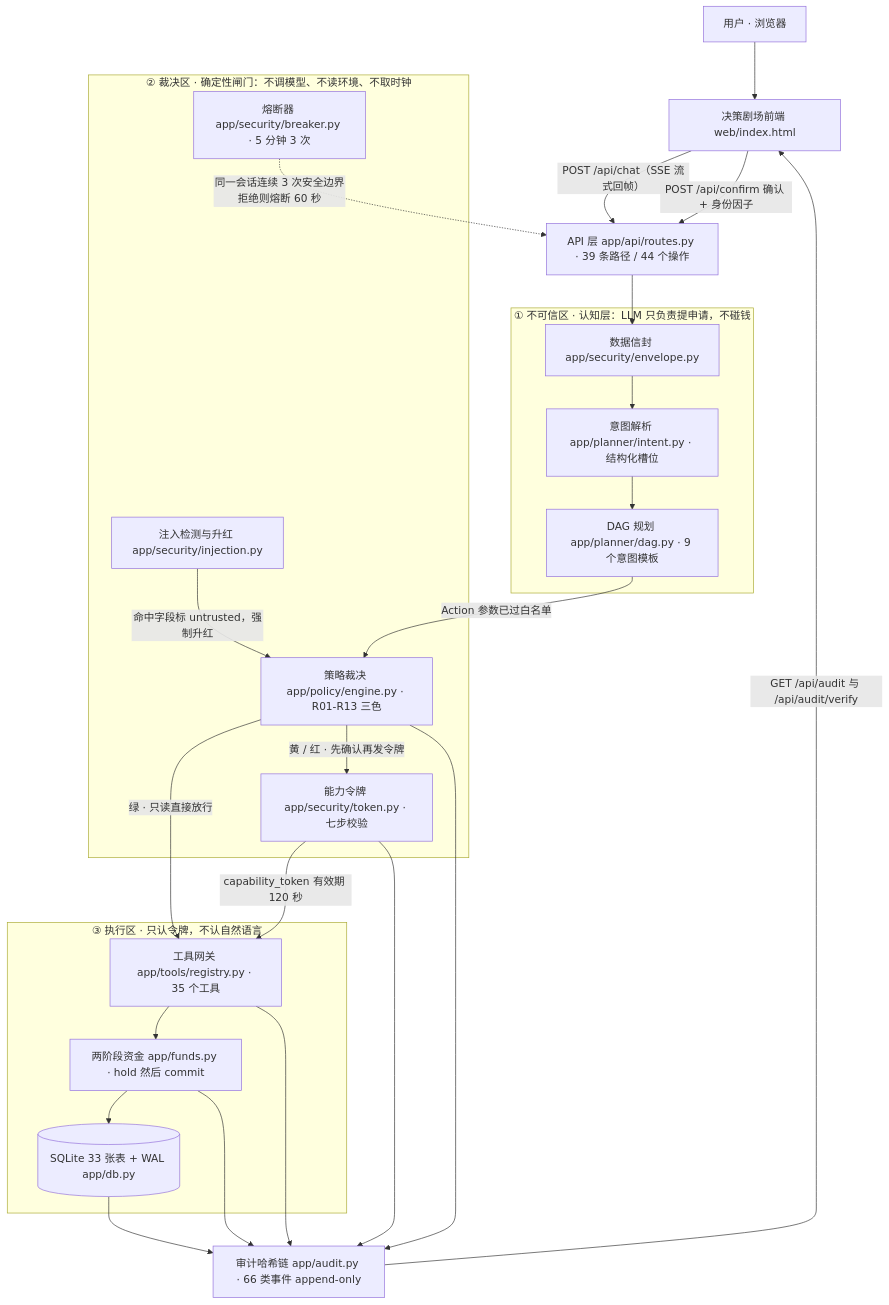
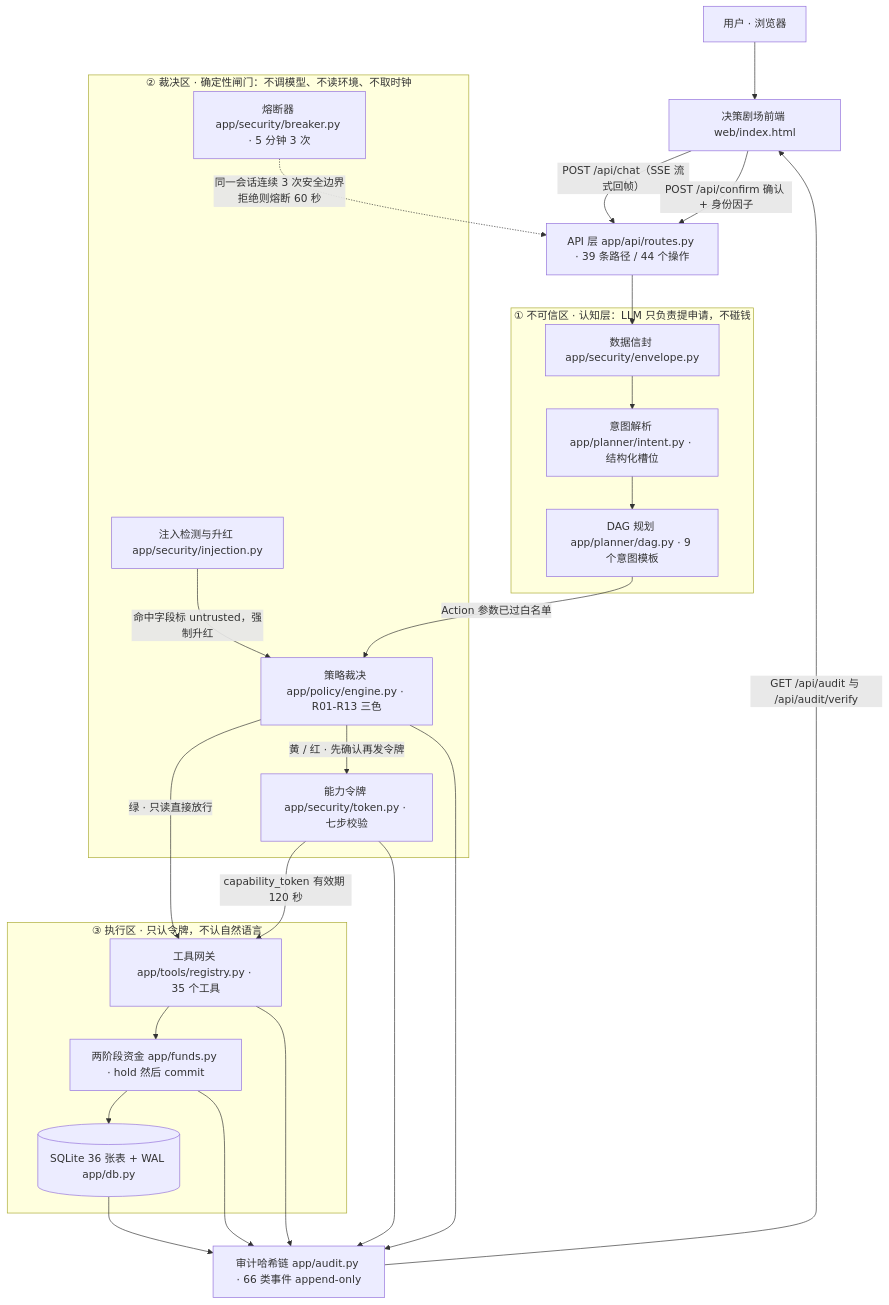
One commit to peng6yu/banking-agent changed the first of 2 diagrams in docs/技术文档.md. Above: the diagram before and after it, drawn with Mermaid. The commit also changed other lines of this file and 37 other files, not shown here.

````diff
--- a/docs/技术文档.md
+++ b/docs/技术文档.md
@@ -56,42 +56,42 @@
 ```mermaid
 flowchart TD
     U["用户 · 浏览器"] --> FE["决策剧场前端 web/index.html"]
     FE -->|"POST /api/chat（SSE 流式回帧）"| API["API 层 app/api/routes.py · 39 条路径 / 44 个操作"]
     FE -->|"POST /api/confirm 确认 + 身份因子"| API
 
     subgraph L1["① 不可信区 · 认知层：LLM 只负责提申请，不碰钱"]
         ENV["数据信封 app/security/envelope.py"]
         INT["意图解析 app/planner/intent.py · 结构化槽位"]
         DAG["DAG 规划 app/planner/dag.py · 9 个意图模板"]
     end
 
     subgraph L2["② 裁决区 · 确定性闸门：不调模型、不读环境、不取时钟"]
         INJ["注入检测与升红 app/security/injection.py"]
         PE["策略裁决 app/policy/engine.py · R01-R13 三色"]
         TK["能力令牌 app/security/token.py · 七步校验"]
         BRK["熔断器 app/security/breaker.py · 5 分钟 3 次"]
     end
 
     subgraph L3["③ 执行区 · 只认令牌，不认自然语言"]
         REG["工具网关 app/tools/registry.py · 35 个工具"]
         FND["两阶段资金 app/funds.py · hold 然后 commit"]
-        DB[("SQLite 33 张表 + WAL app/db.py")]
+        DB[("SQLite 36 张表 + WAL app/db.py")]
     end
 
     AUD["审计哈希链 app/audit.py · 66 类事件 append-only"]
 
     API --> ENV --> INT --> DAG
     DAG -->|"Action 参数已过白名单"| PE
     INJ -->|"命中字段标 untrusted，强制升红"| PE
     PE -->|"绿 · 只读直接放行"| REG
     PE -->|"黄 / 红 · 先确认再发令牌"| TK
     TK -->|"capability_token 有效期 120 秒"| REG
     BRK -.->|"同一会话连续 3 次安全边界拒绝则熔断 60 秒"| API
     REG --> FND --> DB
     REG --> AUD
     FND --> AUD
     PE --> AUD
     TK --> AUD
     DB --> AUD
     AUD -->|"GET /api/audit 与 /api/audit/verify"| FE
 ```
````
